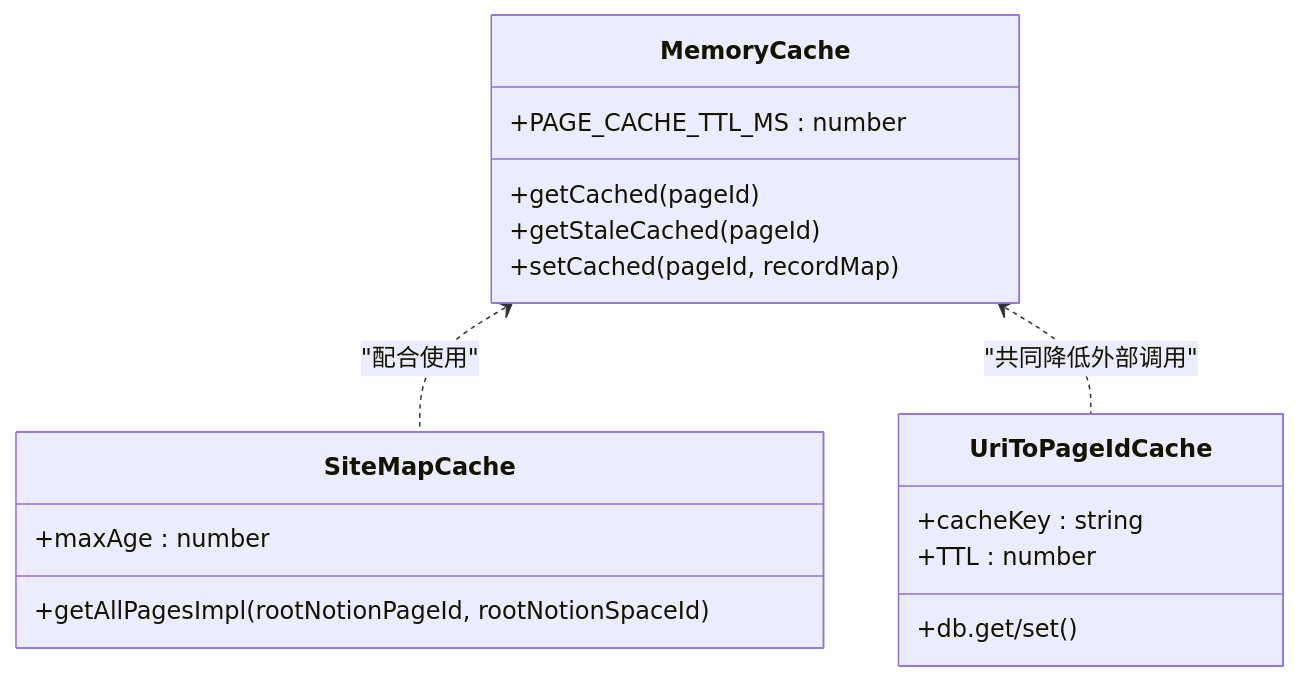
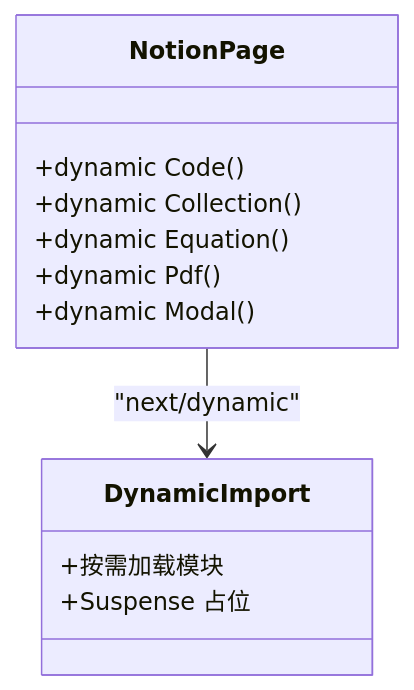
Before and after one commit to PhysicalMouse/nextjs-notion-starter-kit: the fourth of 9 diagrams in .qoder/repowiki/zh/content/性能优化/性能优化.md, drawn with Mermaid. The commit also changed other lines of this file and 186 other files, not shown here.

````diff
--- a/.qoder/repowiki/zh/content/性能优化/性能优化.md
+++ b/.qoder/repowiki/zh/content/性能优化/性能优化.md
@@ -203,20 +182,15 @@
 ```mermaid
 classDiagram
-class MemoryCache {
-+PAGE_CACHE_TTL_MS : number
-+getCached(pageId)
-+getStaleCached(pageId)
-+setCached(pageId, recordMap)
+class NotionPage {
++dynamic Code()
++dynamic Collection()
++dynamic Equation()
++dynamic Pdf()
++dynamic Modal()
 }
-class SiteMapCache {
-+getAllPagesImpl(rootNotionPageId, rootNotionSpaceId)
-+maxAge : number
+class DynamicImport {
++按需加载模块
++Suspense 占位
 }
-class UriToPageIdCache {
-+cacheKey : string
-+TTL : number
-+db.get/set()
-}
-MemoryCache <.. SiteMapCache : "配合使用"
-MemoryCache <.. UriToPageIdCache : "共同降低外部调用"
+NotionPage --> DynamicImport : "next/dynamic"
 ```
````
